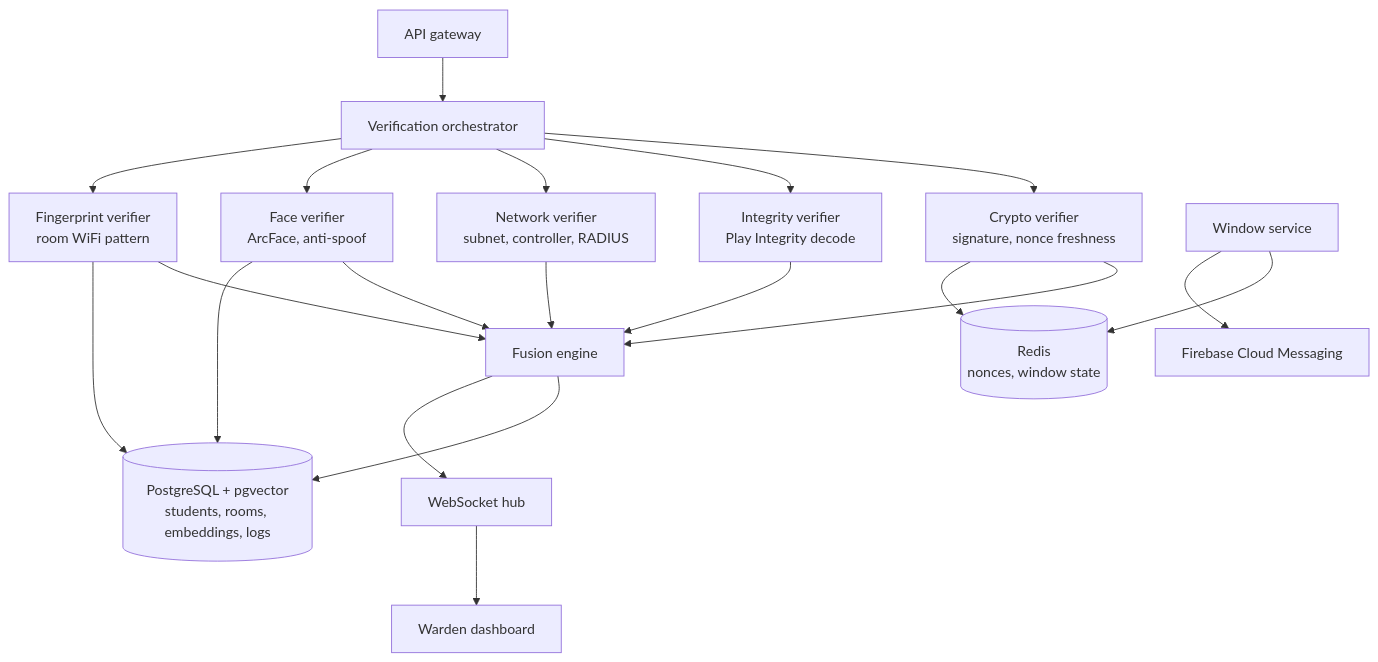
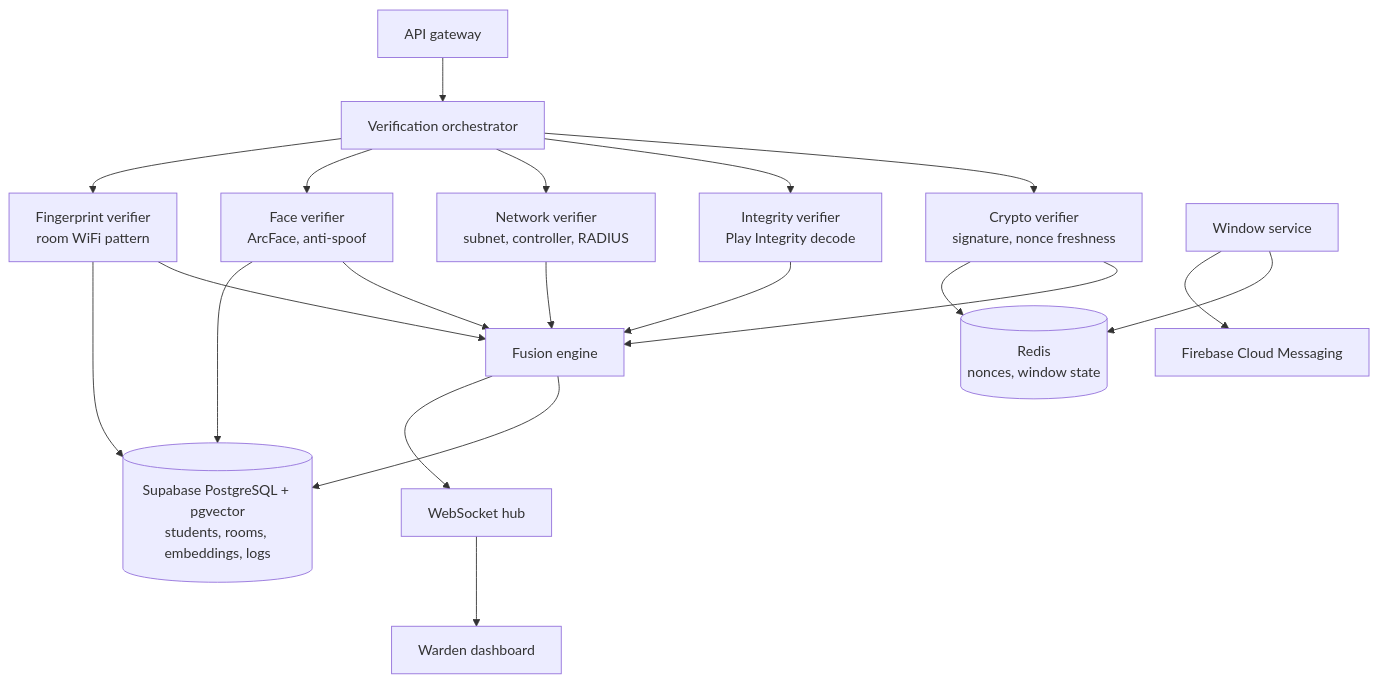
Before and after one commit to Rahul-8283/NightRoll: the third of 14 diagrams in README.md, drawn with Mermaid. The commit also changed other lines of this file and 1 other file, not shown here.

Commit message:
docs: move database, auth and storage to Supabase

````diff
--- a/README.md
+++ b/README.md
@@ -190,24 +195,24 @@
 ```mermaid
 flowchart TB
     GW["API gateway"] --> ORC["Verification orchestrator"]
 
     ORC --> CV["Crypto verifier<br/>signature, nonce freshness"]
     ORC --> IV["Integrity verifier<br/>Play Integrity decode"]
     ORC --> NV["Network verifier<br/>subnet, controller, RADIUS"]
     ORC --> FV["Face verifier<br/>ArcFace, anti-spoof"]
     ORC --> WV["Fingerprint verifier<br/>room WiFi pattern"]
 
     CV --> FE["Fusion engine"]
     IV --> FE
     NV --> FE
     FV --> FE
     WV --> FE
 
     WS["Window service"] --> RD[("Redis<br/>nonces, window state")]
     CV --> RD
-    FV --> PG[("PostgreSQL + pgvector<br/>students, rooms, embeddings, logs")]
+    FV --> PG[("Supabase PostgreSQL + pgvector<br/>students, rooms, embeddings, logs")]
     WV --> PG
     FE --> PG
     FE --> RT["WebSocket hub"] --> DB["Warden dashboard"]
     WS --> FCM["Firebase Cloud Messaging"]
 ```
````
